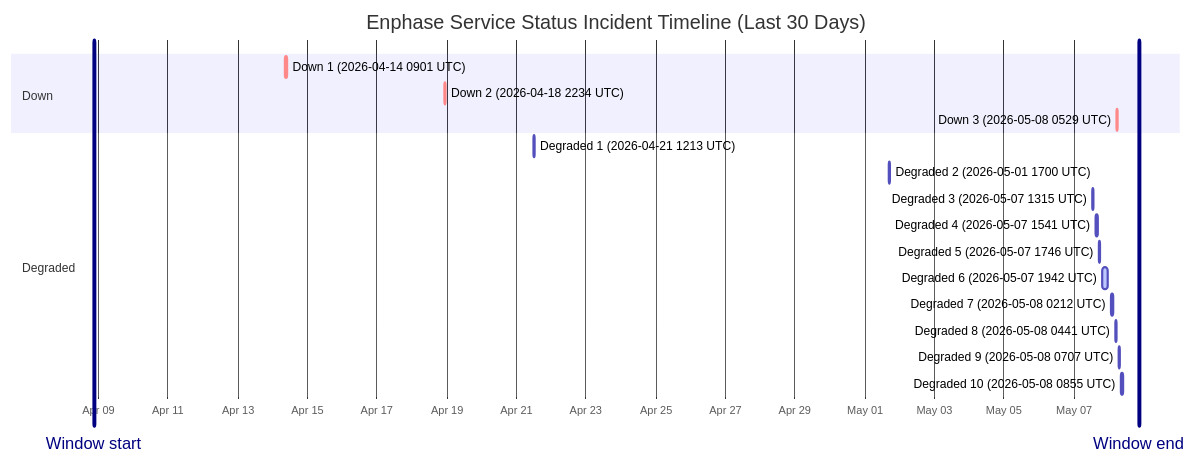
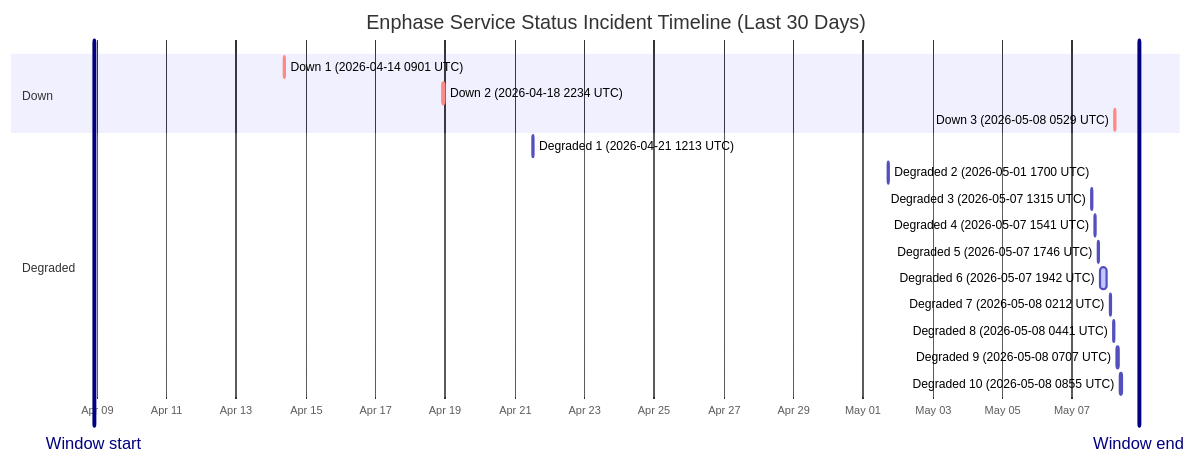
Before and after one commit to barneyonline/ha-enphase-ev-charger: the diagram in wiki/Service-Status-History.md, drawn with Mermaid. The commit also changed other lines of this file and 3 other files, not shown here.

````diff
--- a/wiki/Service-Status-History.md
+++ b/wiki/Service-Status-History.md
@@ -14,23 +14,23 @@
 ```mermaid
 gantt
     title Enphase Service Status Incident Timeline (Last 30 Days)
     dateFormat  YYYY-MM-DDTHH:mm:ss
     axisFormat  %b %d
-    Window start :vert, window-start, 2026-04-08T20:58:55, 0ms
-    Window end :vert, window-end, 2026-05-08T20:58:55, 0ms
+    Window start :vert, window-start, 2026-04-08T22:05:58, 0ms
+    Window end :vert, window-end, 2026-05-08T22:05:58, 0ms
     section Down
     Down 1 (2026-04-14 0901 UTC) :crit, down-1, 2026-04-14T09:01:13, 60m
     Down 2 (2026-04-18 2234 UTC) :crit, down-2, 2026-04-18T22:34:13, 60m
     Down 3 (2026-05-08 0529 UTC) :crit, down-3, 2026-05-08T05:29:47, 60m
     section Degraded
     Degraded 1 (2026-04-21 1213 UTC) :active, degraded-1, 2026-04-21T12:13:11, 60m
     Degraded 2 (2026-05-01 1700 UTC) :active, degraded-2, 2026-05-01T17:00:22, 60m
     Degraded 3 (2026-05-07 1315 UTC) :active, degraded-3, 2026-05-07T13:15:25, 60m
     Degraded 4 (2026-05-07 1541 UTC) :active, degraded-4, 2026-05-07T15:41:58, 60m
     Degraded 5 (2026-05-07 1746 UTC) :active, degraded-5, 2026-05-07T17:46:51, 60m
     Degraded 6 (2026-05-07 1942 UTC) :active, degraded-6, 2026-05-07T19:42:10, 249m
     Degraded 7 (2026-05-08 0212 UTC) :active, degraded-7, 2026-05-08T02:12:39, 60m
     Degraded 8 (2026-05-08 0441 UTC) :active, degraded-8, 2026-05-08T04:41:46, 60m
     Degraded 9 (2026-05-08 0707 UTC) :active, degraded-9, 2026-05-08T07:07:30, 60m
     Degraded 10 (2026-05-08 0855 UTC) :active, degraded-10, 2026-05-08T08:55:20, 88m
 ```
````
